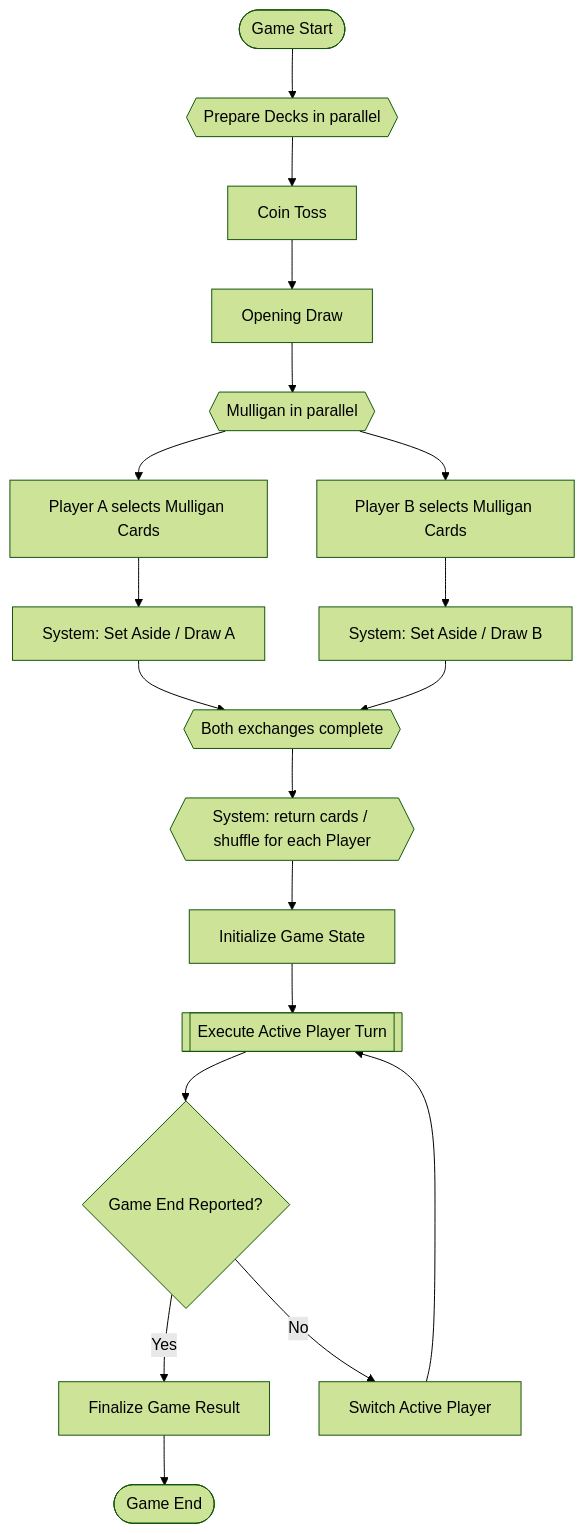
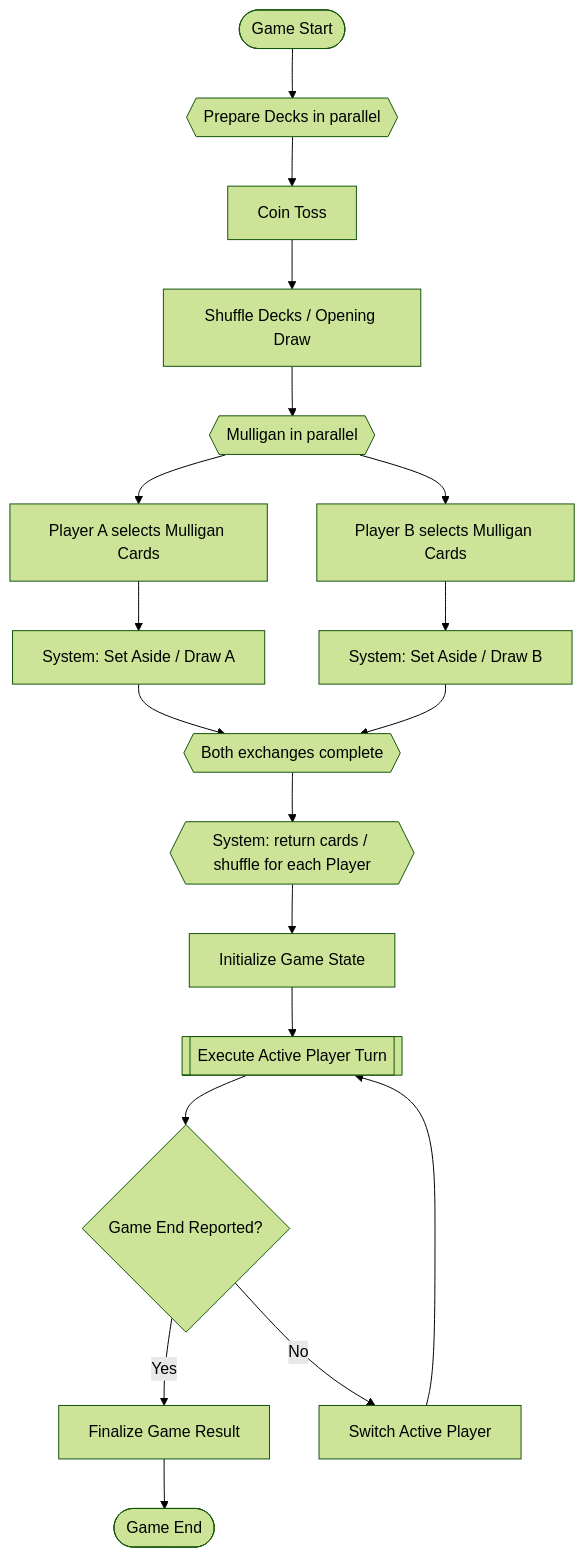
One commit to kjun1/card-game changed the diagram in docs/process/game-flow.md. Above: the diagram before and after it, drawn with Mermaid (forest theme). The commit also changed other lines of this file and 28 other files, not shown here.

```diff
--- a/docs/process/game-flow.md
+++ b/docs/process/game-flow.md
@@ -35,21 +35,21 @@
 ~~~mermaid
 flowchart TD
     S([Game Start]) --> P{{Prepare Decks in parallel}}
     P --> F[Coin Toss]
-    F --> O[Opening Draw]
+    F --> O[Shuffle Decks / Opening Draw]
     O --> M{{Mulligan in parallel}}
     M --> MA[Player A selects Mulligan Cards]
     M --> MB[Player B selects Mulligan Cards]
     MA --> XA[System: Set Aside / Draw A]
     MB --> XB[System: Set Aside / Draw B]
     XA --> J{{Both exchanges complete}}
     XB --> J
     J --> R{{System: return cards / shuffle for each Player}}
     R --> I[Initialize Game State]
     I --> T[[Execute Active Player Turn]]
     T --> E{Game End Reported?}
     E -- Yes --> FGR[Finalize Game Result]
     FGR --> X([Game End])
     E -- No --> W[Switch Active Player]
     W --> T
 ~~~
```
